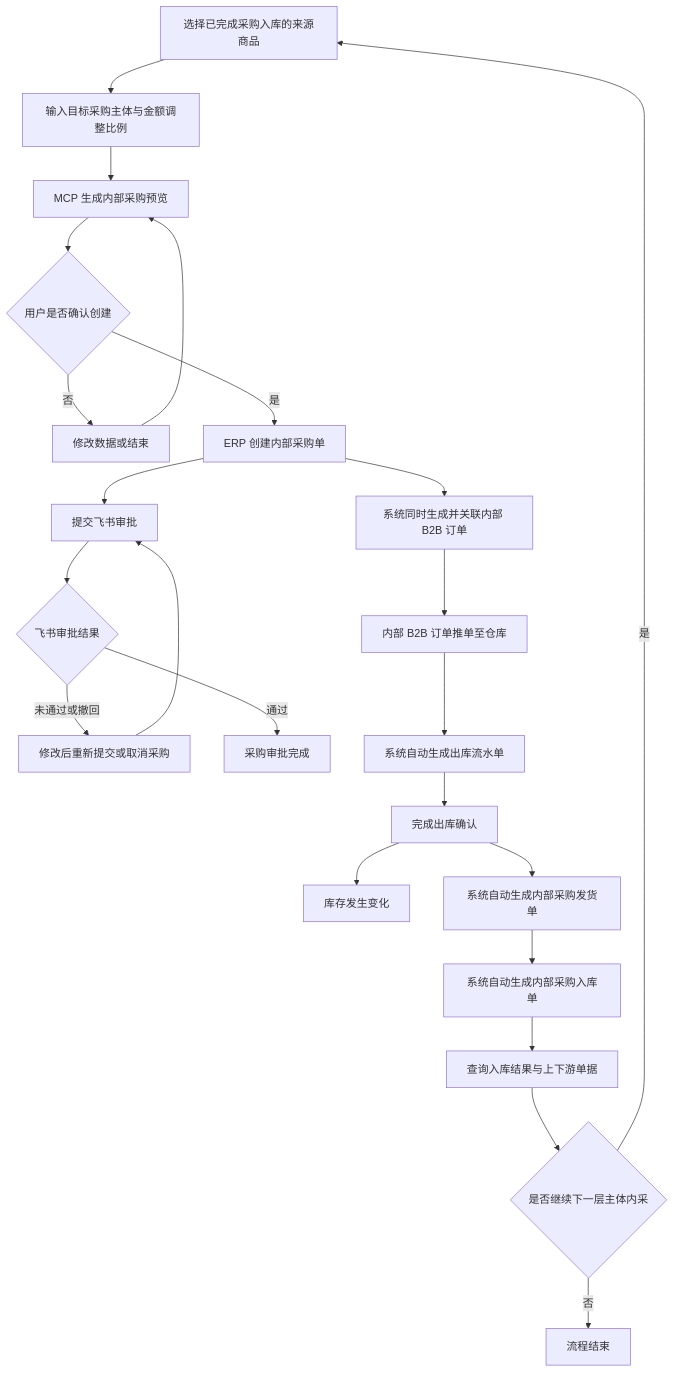
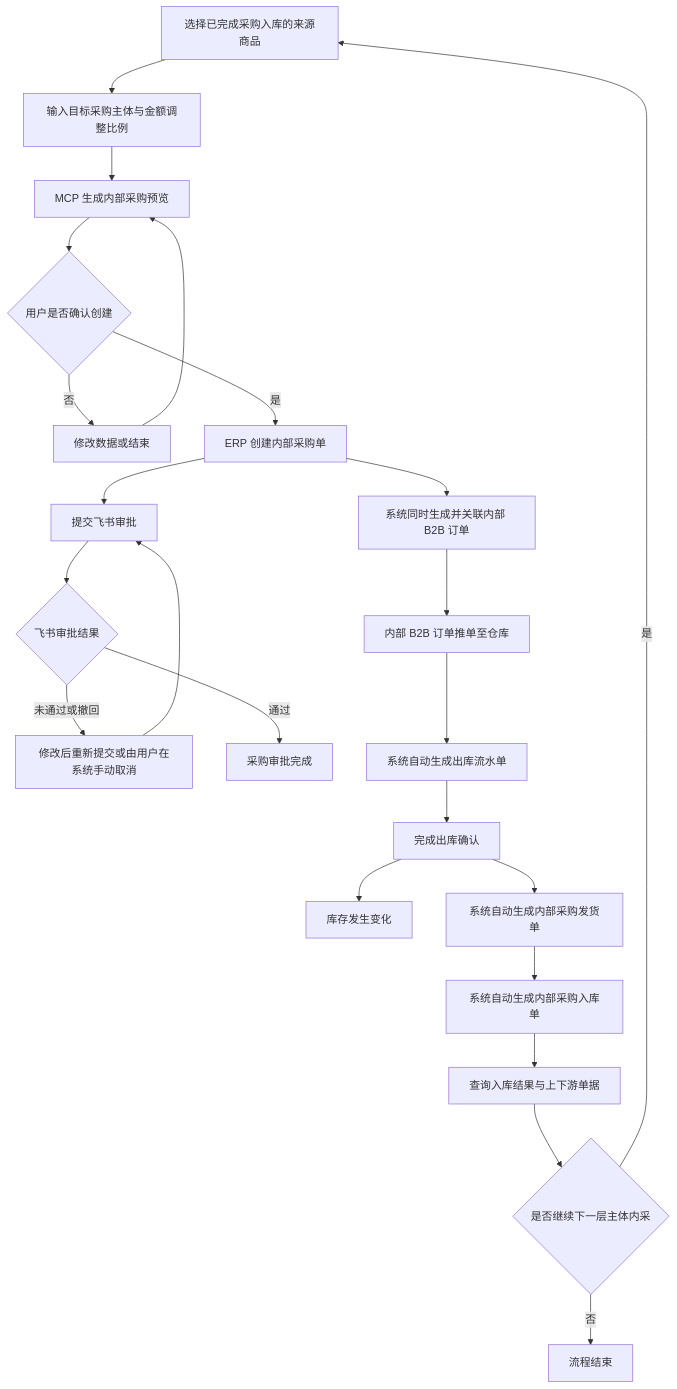
One commit to arlo-hello/erp-ai-docs-arlo changed the diagram in docs/v0.28.7/tasks/0205/prd-feishu.md. Above: the diagram before and after it, drawn with Mermaid. The commit also changed other lines of this file, not shown here.

````diff
--- a/docs/v0.28.7/tasks/0205/prd-feishu.md
+++ b/docs/v0.28.7/tasks/0205/prd-feishu.md
@@ -24,26 +25,26 @@
 ```mermaid
 flowchart TB
   S0[选择已完成采购入库的来源商品]
   S0 --> S1[输入目标采购主体与金额调整比例]
   S1 --> S2[MCP 生成内部采购预览]
   S2 --> S3{用户是否确认创建}
   S3 -->|否| S4[修改数据或结束]
   S4 --> S2
   S3 -->|是| S5[ERP 创建内部采购单]
   S5 --> S6[系统同时生成并关联内部 B2B 订单]
   S5 --> S7[提交飞书审批]
   S7 --> S8{飞书审批结果}
-  S8 -->|未通过或撤回| S9[修改后重新提交或取消采购]
+  S8 -->|未通过或撤回| S9[修改后重新提交或由用户在系统手动取消]
   S9 --> S7
   S8 -->|通过| S10[采购审批完成]
   S6 --> S11[内部 B2B 订单推单至仓库]
   S11 --> S12[系统自动生成出库流水单]
   S12 --> S13[完成出库确认]
   S13 --> S14[库存发生变化]
   S13 --> S15[系统自动生成内部采购发货单]
   S15 --> S16[系统自动生成内部采购入库单]
   S16 --> S17[查询入库结果与上下游单据]
   S17 --> S18{是否继续下一层主体内采}
   S18 -->|是| S0
   S18 -->|否| S19[流程结束]
 ```
````
